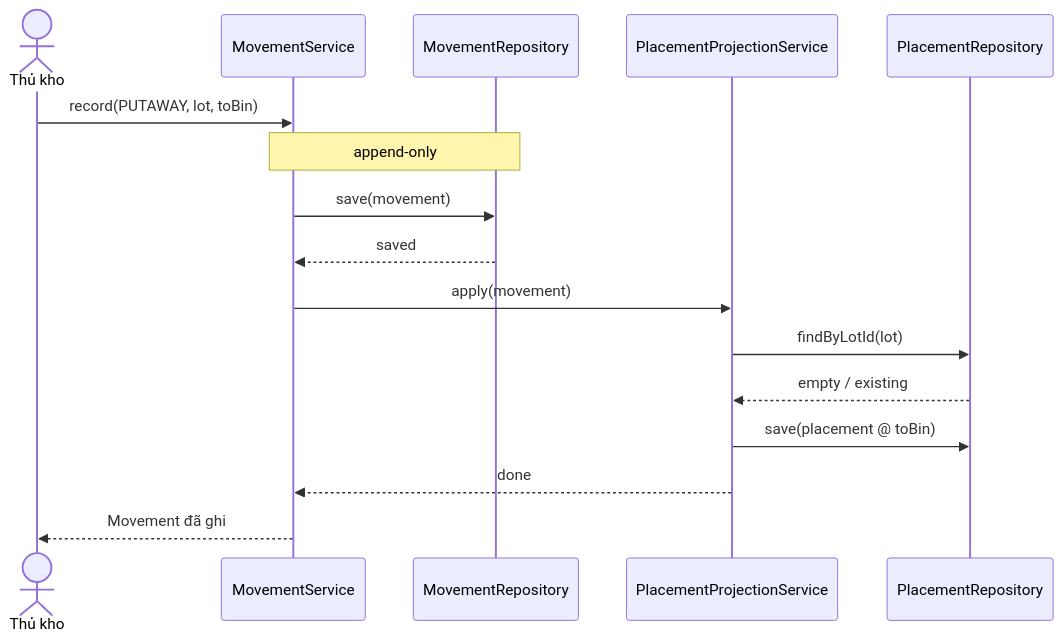
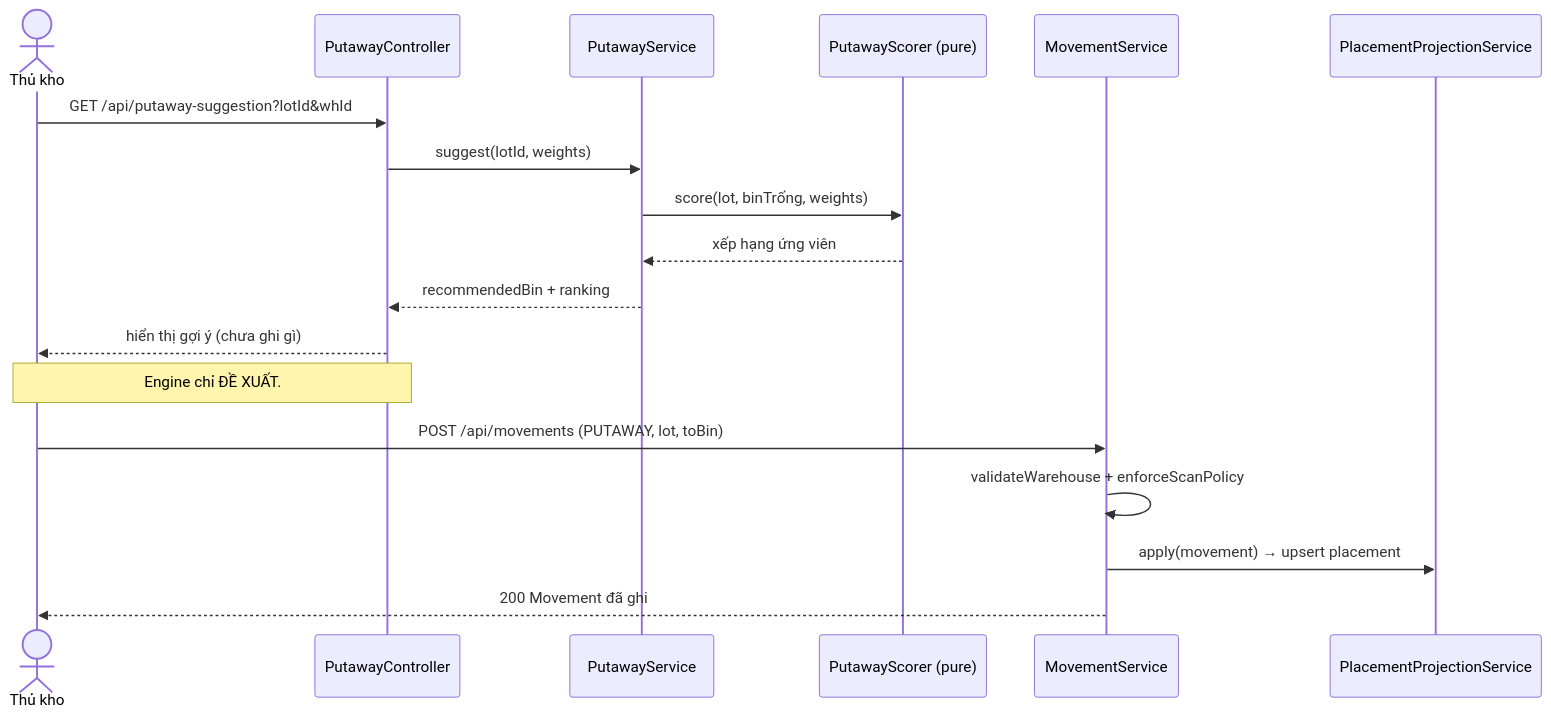
Before and after one commit to nguyenichnghia/stockpile-3d: the tenth of 18 diagrams in docs/diagrams.md, drawn with Mermaid. The commit also changed other lines of this file and 1 other file, not shown here.

First line of the commit message:
docs: expand design diagrams to cover all business flows (#39)

````diff
--- a/docs/diagrams.md
+++ b/docs/diagrams.md
@@ -236,19 +469,21 @@
 ```mermaid
 sequenceDiagram
     actor User as Thủ kho
+    participant PC as PutawayController
+    participant PSvc as PutawayService
+    participant SC as PutawayScorer (pure)
     participant MS as MovementService
-    participant MR as MovementRepository
-    participant PS as PlacementProjectionService
-    participant PR as PlacementRepository
+    participant PPS as PlacementProjectionService
 
-    User->>MS: record(PUTAWAY, lot, toBin)
-    Note over MS,MR: append-only
-    MS->>MR: save(movement)
-    MR-->>MS: saved
-    MS->>PS: apply(movement)
-    PS->>PR: findByLotId(lot)
-    PR-->>PS: empty / existing
-    PS->>PR: save(placement @ toBin)
-    PS-->>MS: done
-    MS-->>User: Movement đã ghi
+    User->>PC: GET /api/putaway-suggestion?lotId&whId
+    PC->>PSvc: suggest(lotId, weights)
+    PSvc->>SC: score(lot, binTrống, weights)
+    SC-->>PSvc: xếp hạng ứng viên
+    PSvc-->>PC: recommendedBin + ranking
+    PC-->>User: hiển thị gợi ý (chưa ghi gì)
+    Note over User,PC: Engine chỉ ĐỀ XUẤT.
+    User->>MS: POST /api/movements (PUTAWAY, lot, toBin)
+    MS->>MS: validateWarehouse + enforceScanPolicy
+    MS->>PPS: apply(movement) → upsert placement
+    MS-->>User: 200 Movement đã ghi
 ```
````
